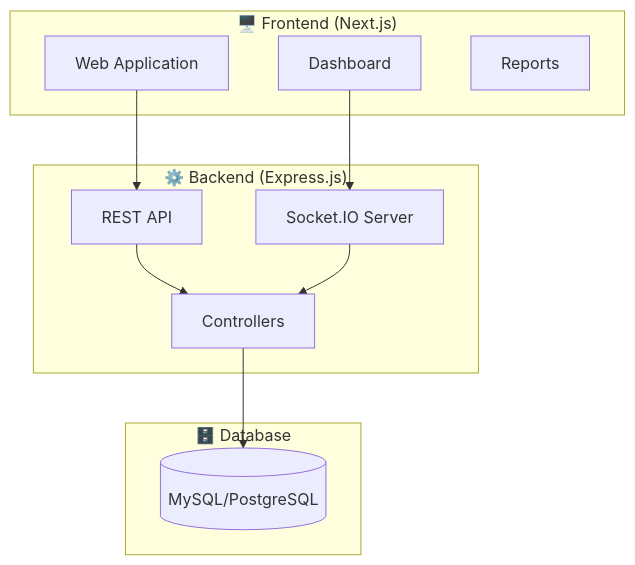
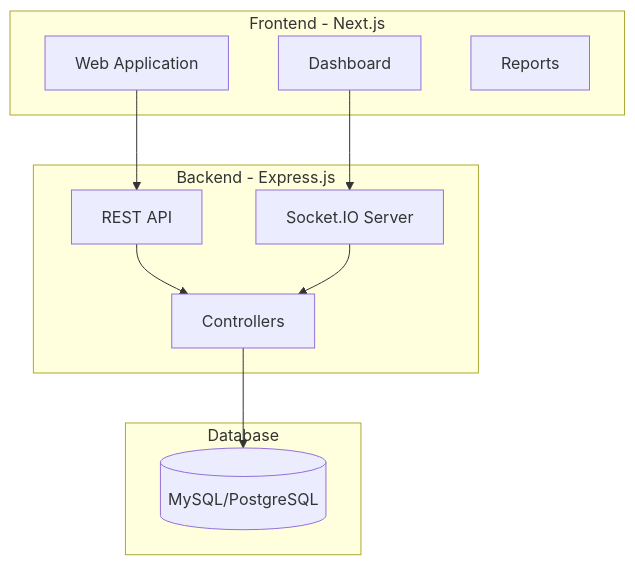
The first of 3 diagrams in README.md (ApiwatN/OEE_FDB), drawn with Mermaid before and after one commit. The commit also changed other lines of this file, not shown here.

Commit message:
Fix Mermaid diagram syntax - use English only

````diff
--- a/README.md
+++ b/README.md
@@ -16,24 +16,24 @@
 ```mermaid
 flowchart TB
-    subgraph Frontend["🖥️ Frontend (Next.js)"]
+    subgraph Frontend[Frontend - Next.js]
         UI[Web Application]
         Dashboard[Dashboard]
         Reports[Reports]
     end
     
-    subgraph Backend["⚙️ Backend (Express.js)"]
+    subgraph Backend[Backend - Express.js]
         API[REST API]
         Socket[Socket.IO Server]
         Controllers[Controllers]
     end
     
-    subgraph Database["🗄️ Database"]
+    subgraph Database[Database]
         DB[(MySQL/PostgreSQL)]
     end
     
     UI --> API
     Dashboard --> Socket
     API --> Controllers
     Controllers --> DB
     Socket --> Controllers
 ```
````
